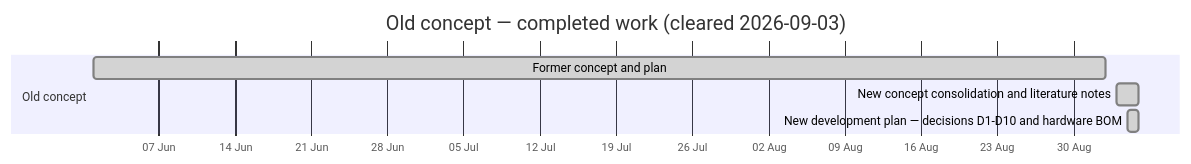
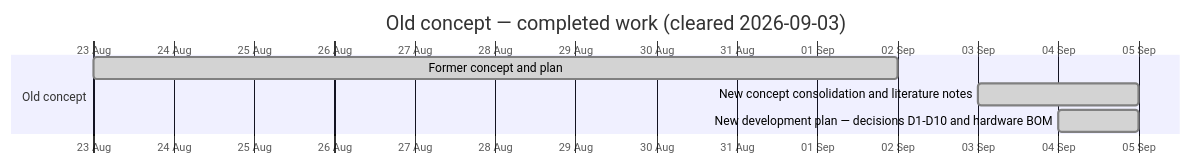
The first of 3 diagrams in docs/gantt.md (pewpil/auris), drawn with Mermaid before and after one commit. The commit also changed other lines of this file and 1 other file, not shown here.

````diff
--- a/docs/gantt.md
+++ b/docs/gantt.md
@@ -24,12 +39,17 @@
 ```mermaid
+---
+config:
+  gantt:
+    topAxis: true
+    todayMarker: "stroke-width:2px,stroke:#c62828"
+---
 gantt
     title Old concept — completed work (cleared 2026-09-03)
     dateFormat YYYY-MM-DD
     axisFormat %d %b
-    todayMarker off
 
     section Old concept
-    Former concept and plan :done, o1, 2026-06-01, 2026-09-02
+    Former concept and plan :done, o1, 2026-08-23, 2026-09-02
     New concept consolidation and literature notes :done, o2, 2026-09-03, 2026-09-05
     New development plan — decisions D1-D10 and hardware BOM :done, o3, 2026-09-04, 2026-09-05
 ```
````
